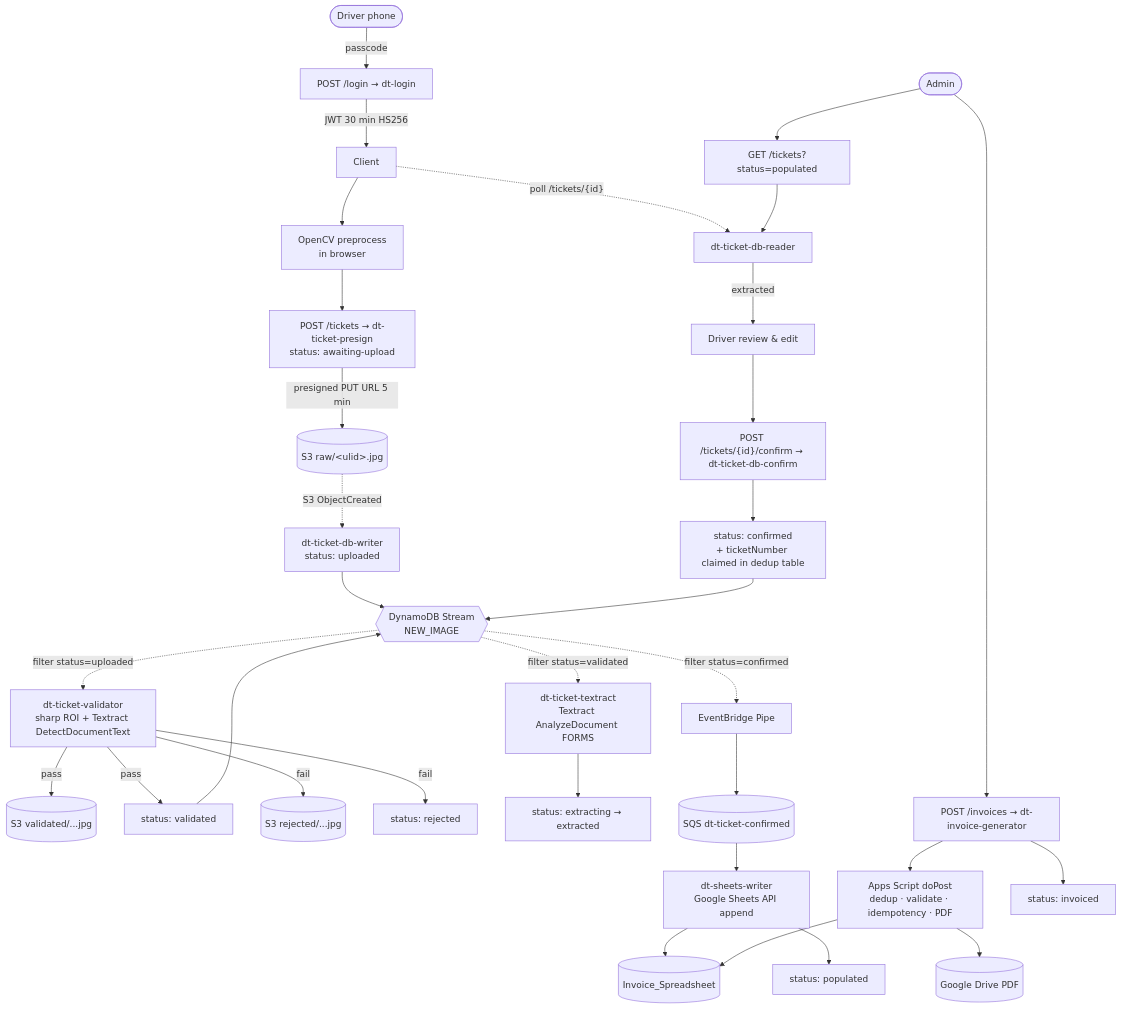
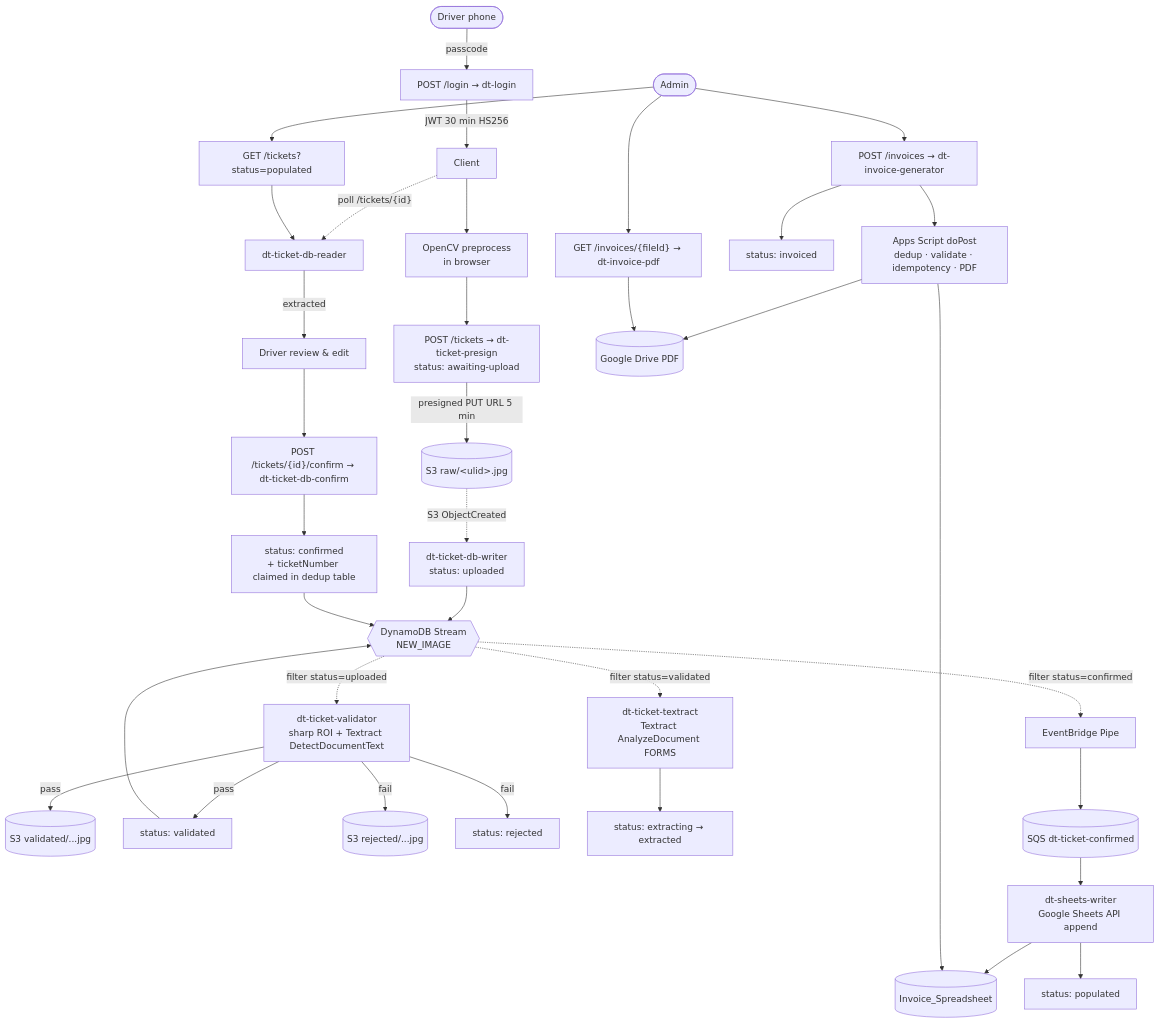
One commit to artomatiq/ccs-ticket-backend changed the first of 2 diagrams in ARCHITECTURE.MD. Above: the diagram before and after it, drawn with Mermaid. The commit also changed other lines of this file, not shown here.

Commit message:
updated architecture

````diff
--- a/ARCHITECTURE.MD
+++ b/ARCHITECTURE.MD
@@ -21,41 +21,43 @@
 ```mermaid
 flowchart TD
     A([Driver phone]) -->|passcode| LOGIN[POST /login → dt-login]
     LOGIN -->|JWT 30 min HS256| CLIENT[Client]
     CLIENT --> OPENCV[OpenCV preprocess<br/>in browser]
     OPENCV --> PRESIGN[POST /tickets → dt-ticket-presign<br/>status: awaiting-upload]
     PRESIGN -->|presigned PUT URL 5 min| S3RAW[(S3 raw/&lt;ulid&gt;.jpg)]
 
     S3RAW -.S3 ObjectCreated.-> DBW[dt-ticket-db-writer<br/>status: uploaded]
     DBW --> STREAM{{DynamoDB Stream<br/>NEW_IMAGE}}
 
     STREAM -.filter status=uploaded.-> VAL[dt-ticket-validator<br/>sharp ROI + Textract DetectDocumentText]
     VAL -- pass --> S3VAL[(S3 validated/...jpg)]
     VAL -- pass --> DBVAL[status: validated]
     VAL -- fail --> S3REJ[(S3 rejected/...jpg)]
     VAL -- fail --> DBREJ[status: rejected]
     DBVAL --> STREAM
 
     STREAM -.filter status=validated.-> TXT[dt-ticket-textract<br/>Textract AnalyzeDocument FORMS]
     TXT --> DBEXT[status: extracting → extracted]
 
     CLIENT -.poll /tickets/&lcub;id&rcub;.-> READER[dt-ticket-db-reader]
     READER -- extracted --> REVIEW[Driver review &amp; edit]
     REVIEW --> CONFIRM[POST /tickets/&lcub;id&rcub;/confirm → dt-ticket-db-confirm]
     CONFIRM --> DBCONF[status: confirmed<br/>+ ticketNumber claimed in dedup table]
     DBCONF --> STREAM
 
     STREAM -.filter status=confirmed.-> PIPE[EventBridge Pipe]
     PIPE --> SQS[(SQS dt-ticket-confirmed)]
     SQS --> SHEETS[dt-sheets-writer<br/>Google Sheets API append]
     SHEETS --> SHEET[(Invoice_Spreadsheet)]
     SHEETS --> DBPOP[status: populated]
 
     ADMIN([Admin]) --> LIST[GET /tickets?status=populated]
     LIST --> READER
     ADMIN --> INV[POST /invoices → dt-invoice-generator]
     INV --> AS[Apps Script doPost<br/>dedup · validate · idempotency · PDF]
     AS --> DRIVE[(Google Drive PDF)]
     AS --> SHEET
     INV --> DBINV[status: invoiced]
+    ADMIN --> PDFPROXY[GET /invoices/&lcub;fileId&rcub; → dt-invoice-pdf]
+    PDFPROXY --> DRIVE
 ```
````
